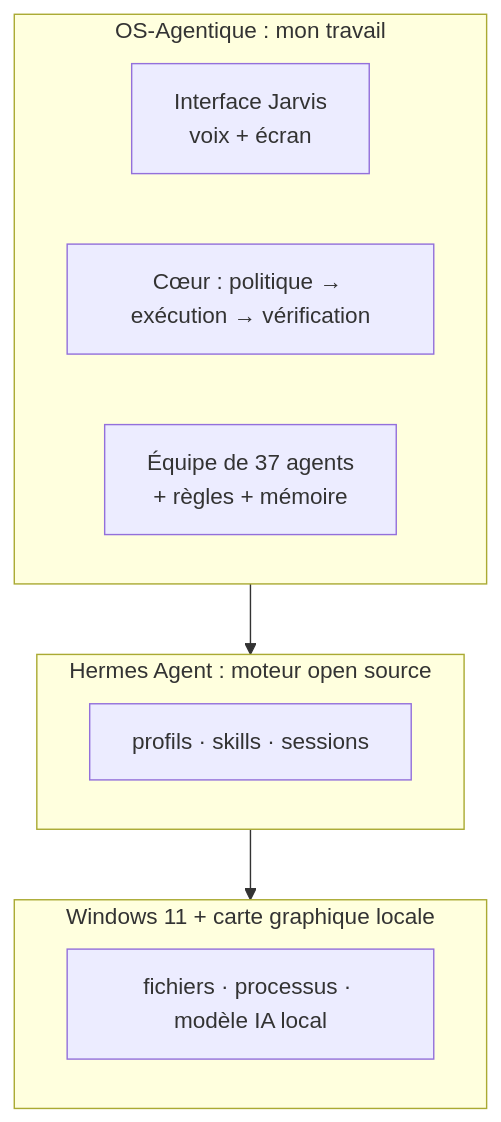
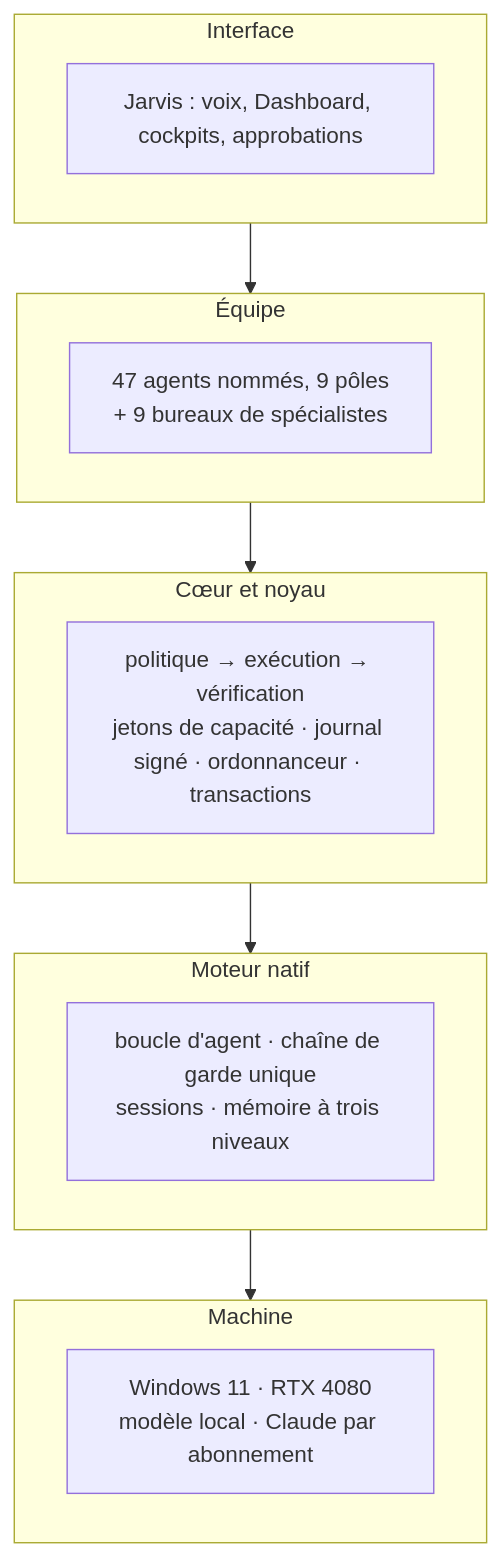
The second of 3 diagrams in docs/fr/conception.md (Dow08/OS-Agentique_showcase), drawn with Mermaid before and after one commit. The commit also changed other lines of this file and 50 other files, not shown here.

First line of the commit message:
Refonte de la présentation : moteur natif, Dashboard et état du projet au 4 novembre

````diff
--- a/docs/fr/conception.md
+++ b/docs/fr/conception.md
@@ -35,16 +37,19 @@
 ```mermaid
 flowchart TB
-    subgraph L3["OS-Agentique : mon travail"]
-        direction LR
-        U["Interface Jarvis<br/>voix + écran"]
-        CORE["Cœur : politique → exécution → vérification"]
-        TEAM["Équipe de 37 agents<br/>+ règles + mémoire"]
+    subgraph L5["Interface"]
+        U["Jarvis : voix, Dashboard, cockpits, approbations"]
     end
-    subgraph L2["Hermes Agent : moteur open source"]
-        E["profils · skills · sessions"]
+    subgraph L4["Équipe"]
+        TEAM["47 agents nommés, 9 pôles<br/>+ 9 bureaux de spécialistes"]
     end
-    subgraph L1["Windows 11 + carte graphique locale"]
-        W["fichiers · processus · modèle IA local"]
+    subgraph L3["Cœur et noyau"]
+        CORE["politique → exécution → vérification<br/>jetons de capacité · journal signé · ordonnanceur · transactions"]
     end
-    L3 --> L2 --> L1
+    subgraph L2["Moteur natif"]
+        N["boucle d'agent · chaîne de garde unique<br/>sessions · mémoire à trois niveaux"]
+    end
+    subgraph L1["Machine"]
+        W["Windows 11 · RTX 4080<br/>modèle local · Claude par abonnement"]
+    end
+    L5 --> L4 --> L3 --> L2 --> L1
 ```
````
